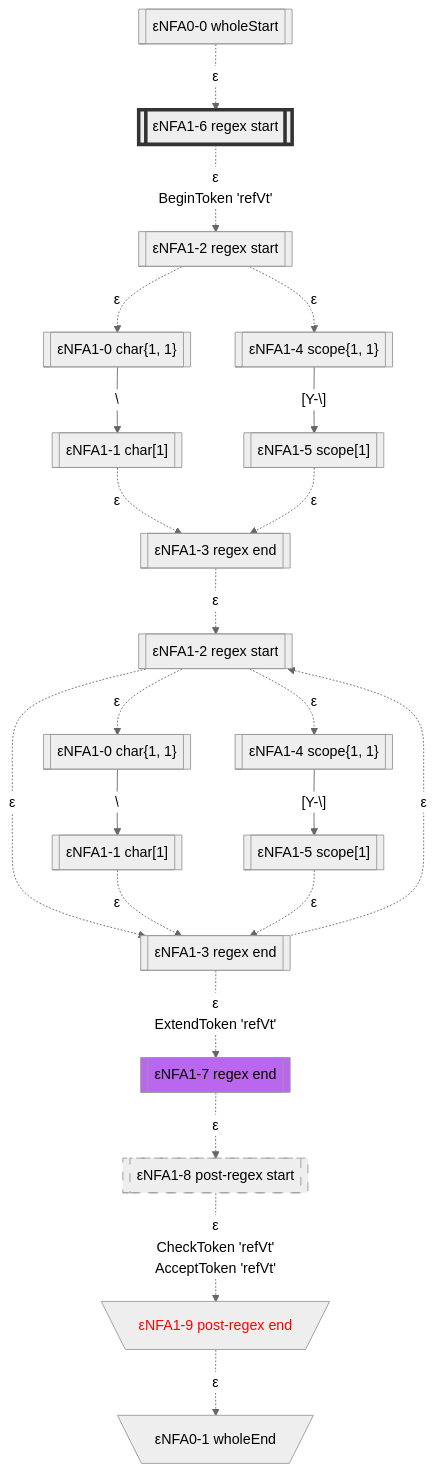
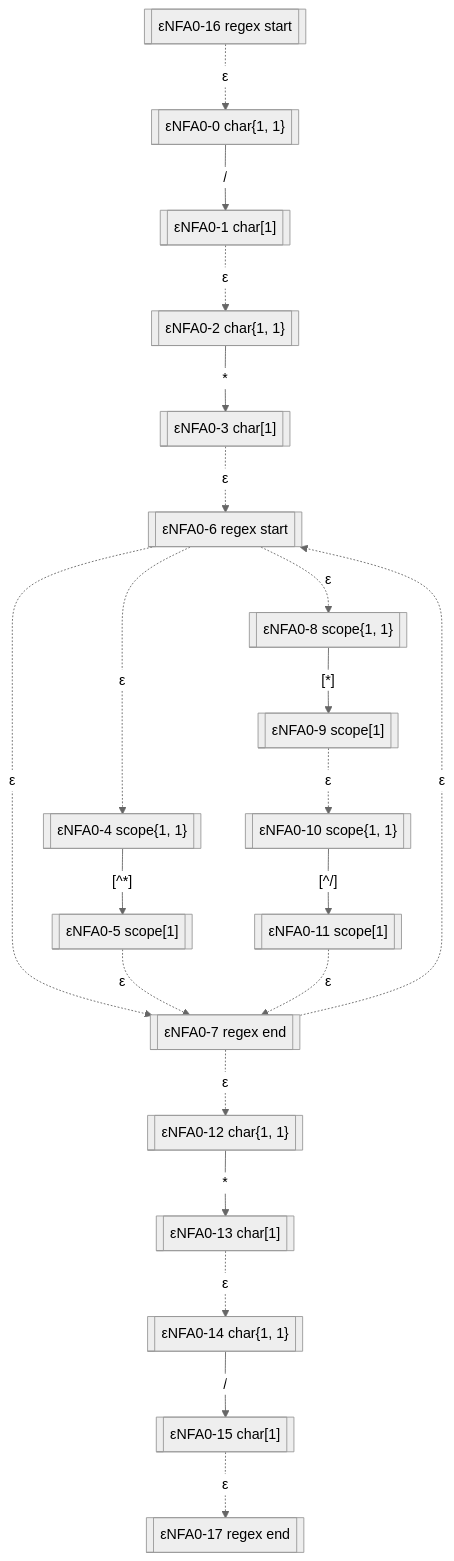
Before and after one commit to bitzhuwei/GrammarMentor: the third of 13 diagrams in Practices/Practice.GeneratedXxxFormat.Test/GeneratedError/LexicalAnalyzer/README.gen.md, drawn with Mermaid (neutral theme). The commit also changed other lines of this file and 3868 other files, not shown here.

````diff
--- a/Practices/Practice.GeneratedXxxFormat.Test/GeneratedError/LexicalAnalyzer/README.gen.md
+++ b/Practices/Practice.GeneratedXxxFormat.Test/GeneratedError/LexicalAnalyzer/README.gen.md
@@ -97,66 +95,56 @@
 ```Mermaid
 flowchart
 classDef c0001 color:#FF0000;
 classDef c0010 stroke-dasharray: 10 10;
 classDef c0011 stroke-dasharray: 10 10,color:#FF0000;
 classDef c0100 fill:#BB66EE;
 classDef c0101 fill:#BB66EE,color:#FF0000;
 classDef c0110 fill:#BB66EE,stroke-dasharray: 10 10;
 classDef c0111 fill:#BB66EE,stroke-dasharray: 10 10,color:#FF0000;
 classDef c1000 stroke:#333,stroke-width:4px;
 classDef c1001 stroke:#333,stroke-width:4px,color:#FF0000;
 classDef c1010 stroke:#333,stroke-width:4px,stroke-dasharray: 10 10;
 classDef c1011 stroke:#333,stroke-width:4px,stroke-dasharray: 10 10,color:#FF0000;
 classDef c1100 stroke:#333,stroke-width:4px,fill:#BB66EE;
 classDef c1101 stroke:#333,stroke-width:4px,fill:#BB66EE,color:#FF0000;
 classDef c1110 stroke:#333,stroke-width:4px,fill:#BB66EE,stroke-dasharray: 10 10;
 classDef c1111 stroke:#333,stroke-width:4px,fill:#BB66EE,stroke-dasharray: 10 10,color:#FF0000;
-eNFA0_0_4620049[["εNFA0-0 wholeStart"]]
-eNFA1_6_24309136[["εNFA1-6 regex start"]]
-class eNFA1_6_24309136 c1000;
-eNFA1_2_10750772[["εNFA1-2 regex start"]]
-eNFA1_0_65506178[["εNFA1-0 char{1, 1}"]]
-eNFA1_4_29648085[["εNFA1-4 scope{1, 1}"]]
-eNFA1_1_39601516[["εNFA1-1 char[1]"]]
-eNFA1_5_52684690[["εNFA1-5 scope[1]"]]
-eNFA1_3_4400168[["εNFA1-3 regex end"]]
-eNFA1_2_20869327[["εNFA1-2 regex start"]]
-eNFA1_0_12693918[["εNFA1-0 char{1, 1}"]]
-eNFA1_4_53606218[["εNFA1-4 scope{1, 1}"]]
-eNFA1_3_47136405[["εNFA1-3 regex end"]]
-eNFA1_1_59952436[["εNFA1-1 char[1]"]]
-eNFA1_5_2701015[["εNFA1-5 scope[1]"]]
-eNFA1_7_21574462[["εNFA1-7 regex end"]]
-class eNFA1_7_21574462 c0100;
-eNFA1_8_17455632[["εNFA1-8 post-regex start"]]
-class eNFA1_8_17455632 c0010;
-eNFA1_9_22882960[\"εNFA1-9 post-regex end"/]
-class eNFA1_9_22882960 c0001;
-eNFA0_1_23120425[\"εNFA0-1 wholeEnd"/]
-eNFA0_0_4620049 -.->|"ε"|eNFA1_6_24309136
-eNFA1_6_24309136 -.->|"ε
-BeginToken 'refVt'"|eNFA1_2_10750772
-eNFA1_2_10750772 -.->|"ε"|eNFA1_0_65506178
-eNFA1_2_10750772 -.->|"ε"|eNFA1_4_29648085
-eNFA1_0_65506178 -->|"#92;"|eNFA1_1_39601516
-eNFA1_4_29648085 -->|"[Y-#92;]"|eNFA1_5_52684690
-eNFA1_1_39601516 -.->|"ε"|eNFA1_3_4400168
-eNFA1_5_52684690 -.->|"ε"|eNFA1_3_4400168
-eNFA1_3_4400168 -.->|"ε"|eNFA1_2_20869327
-eNFA1_2_20869327 -.->|"ε"|eNFA1_0_12693918
-eNFA1_2_20869327 -.->|"ε"|eNFA1_4_53606218
-eNFA1_2_20869327 -.->|"ε"|eNFA1_3_47136405
-eNFA1_0_12693918 -->|"#92;"|eNFA1_1_59952436
-eNFA1_4_53606218 -->|"[Y-#92;]"|eNFA1_5_2701015
-eNFA1_3_47136405 -.->|"ε"|eNFA1_2_20869327
-eNFA1_3_47136405 -.->|"ε
-ExtendToken 'refVt'"|eNFA1_7_21574462
-eNFA1_1_59952436 -.->|"ε"|eNFA1_3_47136405
-eNFA1_5_2701015 -.->|"ε"|eNFA1_3_47136405
-eNFA1_7_21574462 -.->|"ε"|eNFA1_8_17455632
-eNFA1_8_17455632 -.->|"ε
-CheckToken 'refVt'
-AcceptToken 'refVt'"|eNFA1_9_22882960
-eNFA1_9_22882960 -.->|"ε"|eNFA0_1_23120425
-
+eNFA0_16_59167590[["εNFA0-16 regex start"]]
+eNFA0_0_62746268[["εNFA0-0 char{1, 1}"]]
+eNFA0_1_27845503[["εNFA0-1 char[1]"]]
+eNFA0_2_49282936[["εNFA0-2 char{1, 1}"]]
+eNFA0_3_63248778[["εNFA0-3 char[1]"]]
+eNFA0_6_35455590[["εNFA0-6 regex start"]]
+eNFA0_4_53330552[["εNFA0-4 scope{1, 1}"]]
+eNFA0_8_50664859[["εNFA0-8 scope{1, 1}"]]
+eNFA0_7_24807479[["εNFA0-7 regex end"]]
+eNFA0_5_21940722[["εNFA0-5 scope[1]"]]
+eNFA0_9_66418347[["εNFA0-9 scope[1]"]]
+eNFA0_12_32368095[["εNFA0-12 char{1, 1}"]]
+eNFA0_10_32922880[["εNFA0-10 scope{1, 1}"]]
+eNFA0_13_27870469[["εNFA0-13 char[1]"]]
+eNFA0_11_10212927[["εNFA0-11 scope[1]"]]
+eNFA0_14_49507636[["εNFA0-14 char{1, 1}"]]
+eNFA0_15_50695543[["εNFA0-15 char[1]"]]
+eNFA0_17_53606711[["εNFA0-17 regex end"]]
+eNFA0_16_59167590 -.->|"ε"|eNFA0_0_62746268
+eNFA0_0_62746268 -->|"/"|eNFA0_1_27845503
+eNFA0_1_27845503 -.->|"ε"|eNFA0_2_49282936
+eNFA0_2_49282936 -->|"*"|eNFA0_3_63248778
+eNFA0_3_63248778 -.->|"ε"|eNFA0_6_35455590
+eNFA0_6_35455590 -.->|"ε"|eNFA0_4_53330552
+eNFA0_6_35455590 -.->|"ε"|eNFA0_8_50664859
+eNFA0_6_35455590 -.->|"ε"|eNFA0_7_24807479
+eNFA0_4_53330552 -->|"[^*]"|eNFA0_5_21940722
+eNFA0_8_50664859 -->|"[*]"|eNFA0_9_66418347
+eNFA0_7_24807479 -.->|"ε"|eNFA0_6_35455590
+eNFA0_7_24807479 -.->|"ε"|eNFA0_12_32368095
+eNFA0_5_21940722 -.->|"ε"|eNFA0_7_24807479
+eNFA0_9_66418347 -.->|"ε"|eNFA0_10_32922880
+eNFA0_12_32368095 -->|"*"|eNFA0_13_27870469
+eNFA0_10_32922880 -->|"[^/]"|eNFA0_11_10212927
+eNFA0_13_27870469 -.->|"ε"|eNFA0_14_49507636
+eNFA0_11_10212927 -.->|"ε"|eNFA0_7_24807479
+eNFA0_14_49507636 -->|"/"|eNFA0_15_50695543
+eNFA0_15_50695543 -.->|"ε"|eNFA0_17_53606711
 ```
````
